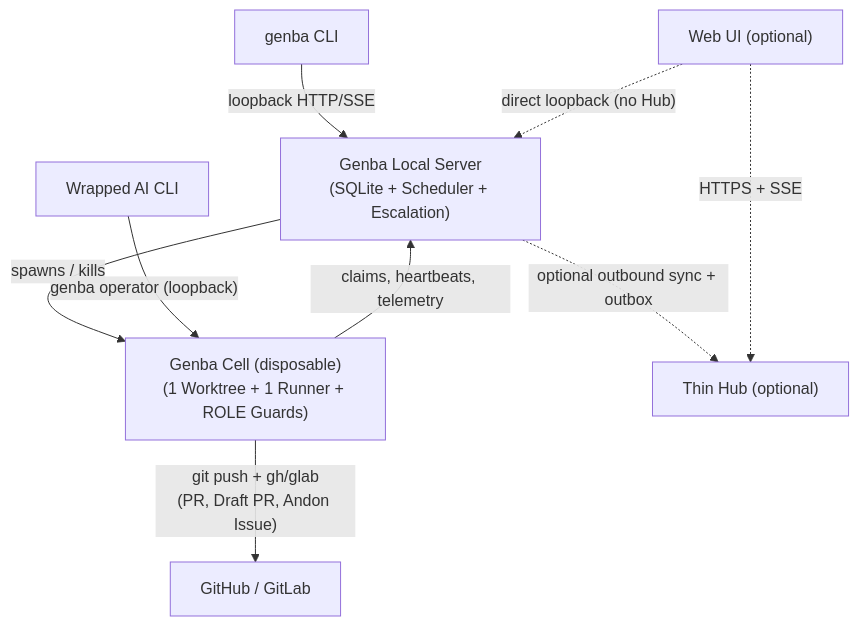
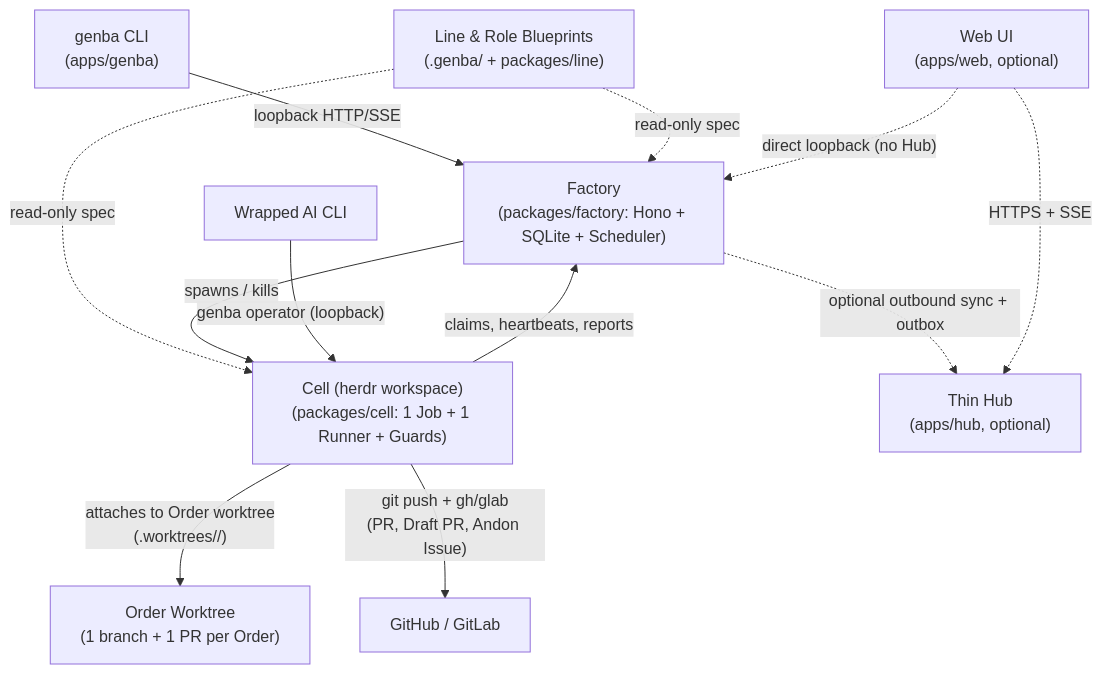
Before and after one commit to xyashino/genba: the diagram in docs/boundaries.md, drawn with Mermaid. The commit also changed other lines of this file and 3 other files, not shown here.

First line of the commit message:
docs(genba): define hub, factory, cell, line boundaries and Option 1 split

````diff
--- a/docs/boundaries.md
+++ b/docs/boundaries.md
@@ -21,11 +43,14 @@
 ```mermaid
 flowchart TD
-  CLI["genba CLI"] -->|"loopback HTTP/SSE"| D["Genba Local Server\n(SQLite + Scheduler + Escalation)"]
-  D -->|"spawns / kills"| C["Genba Cell (disposable)\n(1 Worktree + 1 Runner + ROLE Guards)"]
-  C -->|"claims, heartbeats, telemetry"| D
+  CLI["genba CLI\n(apps/genba)"] -->|"loopback HTTP/SSE"| F["Factory\n(packages/factory: Hono + SQLite + Scheduler)"]
+  L["Line & Role Blueprints\n(.genba/ + packages/line)"] -.->|"read-only spec"| F
+  L -.->|"read-only spec"| C
+  F -->|"spawns / kills"| C["Cell (herdr workspace)\n(packages/cell: 1 Job + 1 Runner + Guards)"]
+  C -->|"claims, heartbeats, reports"| F
+  C -->|"attaches to Order worktree\n(.worktrees/<slug>/)"| WT["Order Worktree\n(1 branch + 1 PR per Order)"]
   A["Wrapped AI CLI"] -->|"genba operator (loopback)"| C
-  C -->|"git push + gh/glab\n(PR, Draft PR, Andon Issue)"| F["GitHub / GitLab"]
-  D -.->|"optional outbound sync + outbox"| H["Thin Hub (optional)"]
-  W["Web UI (optional)"] -.->|"HTTPS + SSE"| H
-  W -.->|"direct loopback (no Hub)"| D
+  C -->|"git push + gh/glab\n(PR, Draft PR, Andon Issue)"| FG["GitHub / GitLab"]
+  F -.->|"optional outbound sync + outbox"| H["Thin Hub\n(apps/hub, optional)"]
+  W["Web UI\n(apps/web, optional)"] -.->|"HTTPS + SSE"| H
+  W -.->|"direct loopback (no Hub)"| F
 ```
````
